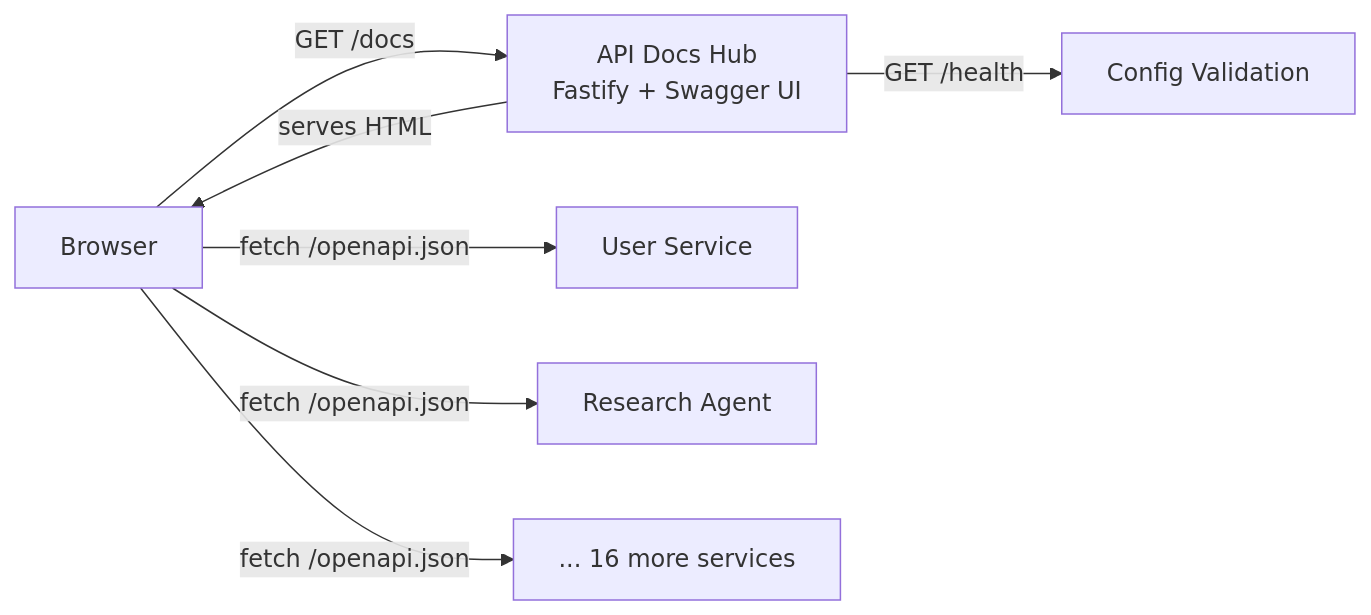
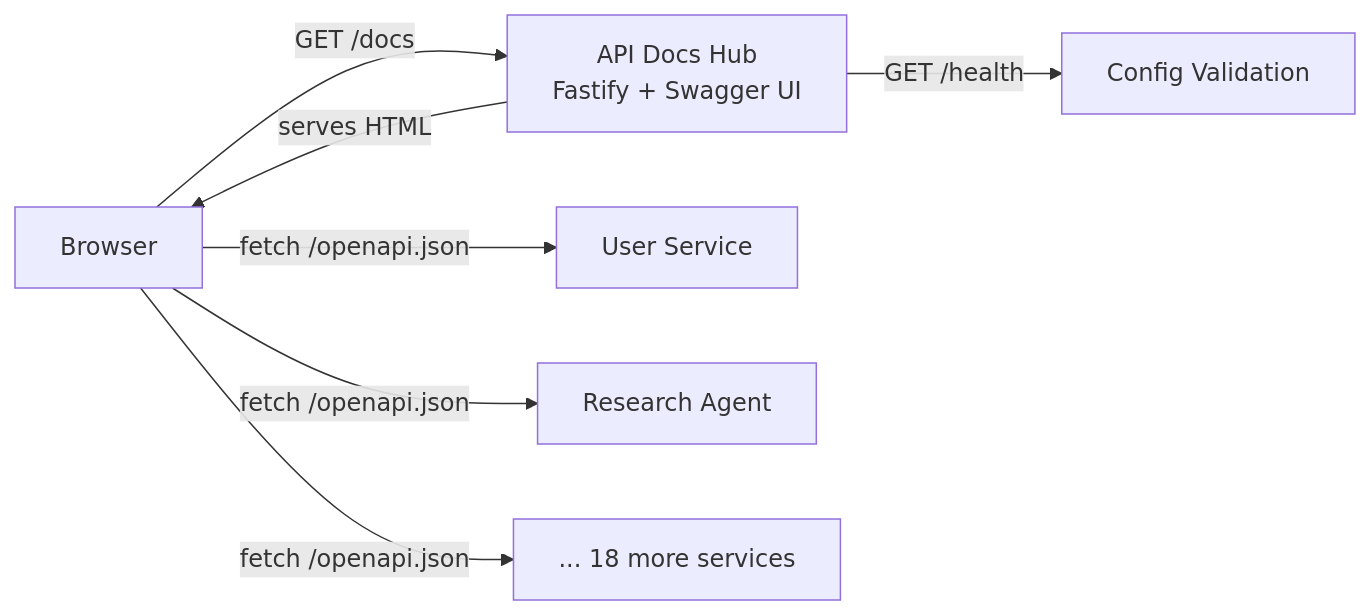
Before and after one commit to pbuchman/intexuraos: the first of 2 diagrams in docs/services/api-docs-hub/technical.md, drawn with Mermaid. The commit also changed other lines of this file and 125 other files, not shown here.

````diff
--- a/docs/services/api-docs-hub/technical.md
+++ b/docs/services/api-docs-hub/technical.md
@@ -11,11 +11,11 @@
 ```mermaid
 graph LR
     Browser[Browser] -->|GET /docs| Hub[API Docs Hub<br>Fastify + Swagger UI]
     Hub -->|serves HTML| Browser
 
     Browser -->|fetch /openapi.json| S1[User Service]
     Browser -->|fetch /openapi.json| S2[Research Agent]
-    Browser -->|fetch /openapi.json| SN[... 16 more services]
+    Browser -->|fetch /openapi.json| SN[... 18 more services]
 
     Hub -->|GET /health| Health[Config Validation]
 ```
````
